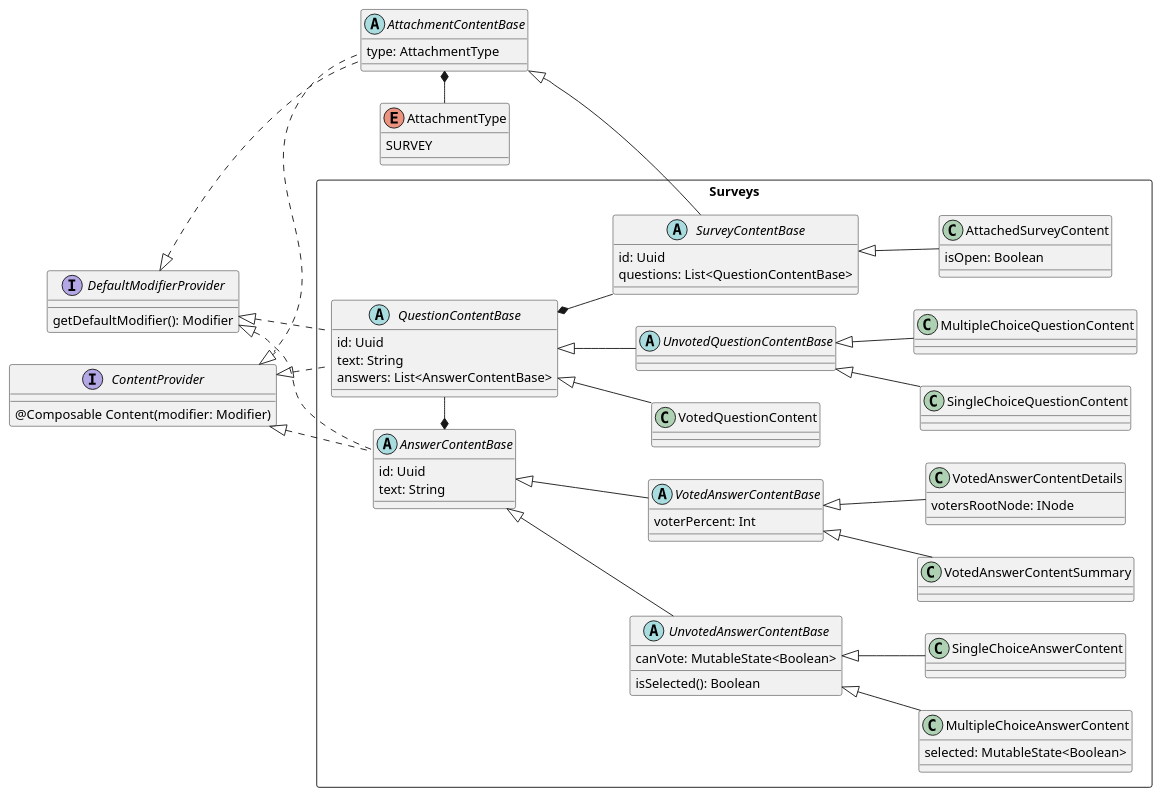
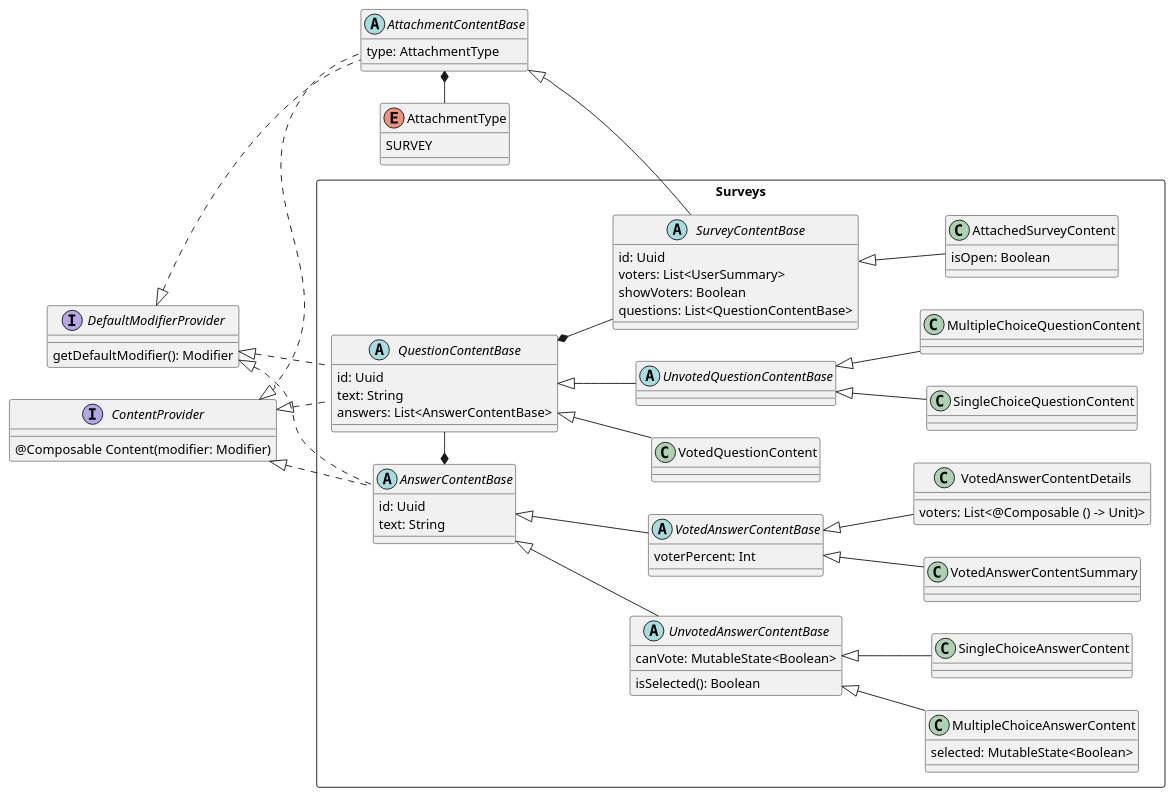
Before and after one commit to astu-app/ASTU-APP: the diagram in features/bulletinBoardFeature/src/commonMain/kotlin/org/astu/feature/bulletinBoard/views/components/attachments/attachments.puml, drawn with PlantUML. The commit also changed 37 other files, not shown here.

```diff
--- a/features/bulletinBoardFeature/src/commonMain/kotlin/org/astu/feature/bulletinBoard/views/components/attachments/attachments.puml
+++ b/features/bulletinBoardFeature/src/commonMain/kotlin/org/astu/feature/bulletinBoard/views/components/attachments/attachments.puml
@@ -1,87 +1,89 @@
 @startuml
 'https://plantuml.com/class-diagram
 
 left to right direction
 
 interface DefaultModifierProvider {
     getDefaultModifier(): Modifier
 }
 interface ContentProvider {
     @Composable Content(modifier: Modifier)
 }
 
 enum AttachmentType {
     SURVEY
 }
 
 abstract class AttachmentContentBase {
     type: AttachmentType
 }
 ContentProvider <|.. AttachmentContentBase
 DefaultModifierProvider <|.. AttachmentContentBase
 AttachmentContentBase *-right- AttachmentType
 
 
 '''''''''''''''''''''''''''''''' ОПРОСЫ
 rectangle Surveys {
     ''''''''''''' Варианты ответов
     abstract class AnswerContentBase{
             id: Uuid
         text: String
     }
     ContentProvider <|.. AnswerContentBase
     DefaultModifierProvider <|.. AnswerContentBase
     abstract class UnvotedAnswerContentBase extends AnswerContentBase {
         canVote: MutableState<Boolean>
         isSelected(): Boolean
     }
     class MultipleChoiceAnswerContent extends UnvotedAnswerContentBase {
         selected: MutableState<Boolean>
     }
     class SingleChoiceAnswerContent extends UnvotedAnswerContentBase {
     }
 
     abstract class VotedAnswerContentBase extends AnswerContentBase {
         voterPercent: Int
     }
     class VotedAnswerContentSummary extends VotedAnswerContentBase {
 
     }
     class VotedAnswerContentDetails extends VotedAnswerContentBase {
-        votersRootNode: INode
+        voters: List<@Composable () -> Unit)>
     }
 
     ''''''''''''' Вопросы
     abstract class QuestionContentBase {
         id: Uuid
         text: String
         answers: List<AnswerContentBase>
     }
     ContentProvider <|.. QuestionContentBase
     DefaultModifierProvider <|.. QuestionContentBase
     AnswerContentBase *-right- QuestionContentBase
 
     abstract class UnvotedQuestionContentBase extends QuestionContentBase {
     }
     class MultipleChoiceQuestionContent extends UnvotedQuestionContentBase {
     }
     class SingleChoiceQuestionContent extends UnvotedQuestionContentBase {
     }
     class VotedQuestionContent extends QuestionContentBase {
     }
 
 
     ''''''''''''' Опросы
     abstract class SurveyContentBase {
         id: Uuid
+        voters: List<UserSummary>
+        showVoters: Boolean
         questions: List<QuestionContentBase>
     }
     AttachmentContentBase <|-- SurveyContentBase
     QuestionContentBase *-- SurveyContentBase
 
     class AttachedSurveyContent extends SurveyContentBase {
         isOpen: Boolean
     }
 }
 
 @enduml
```
